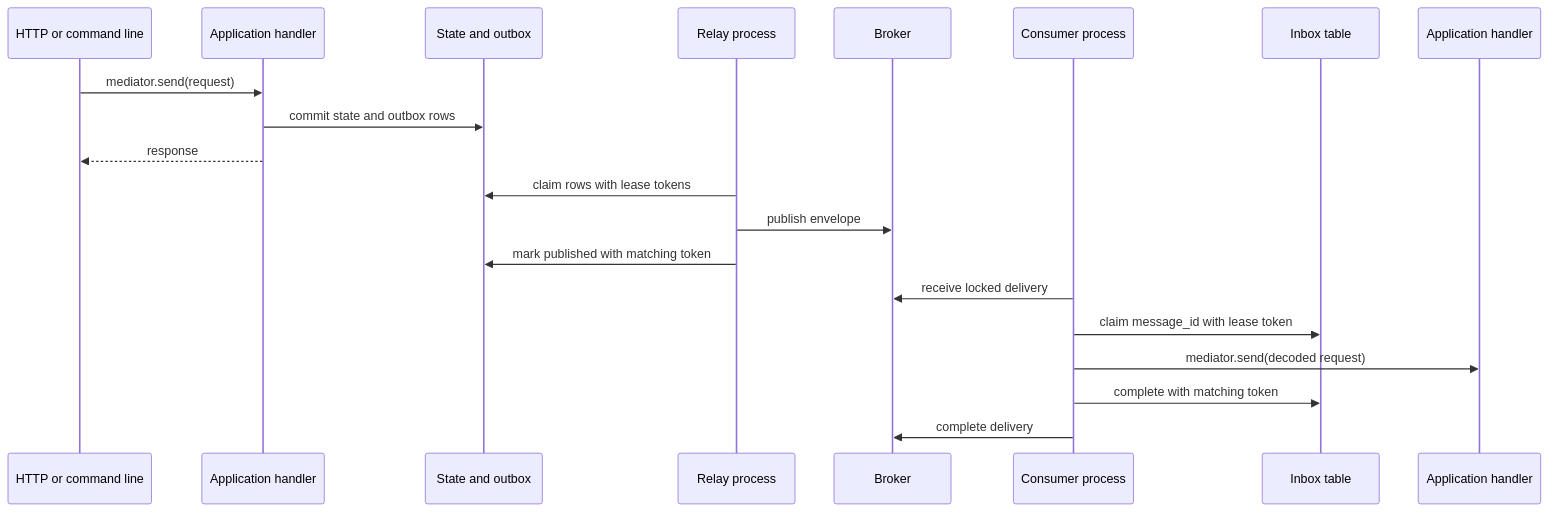
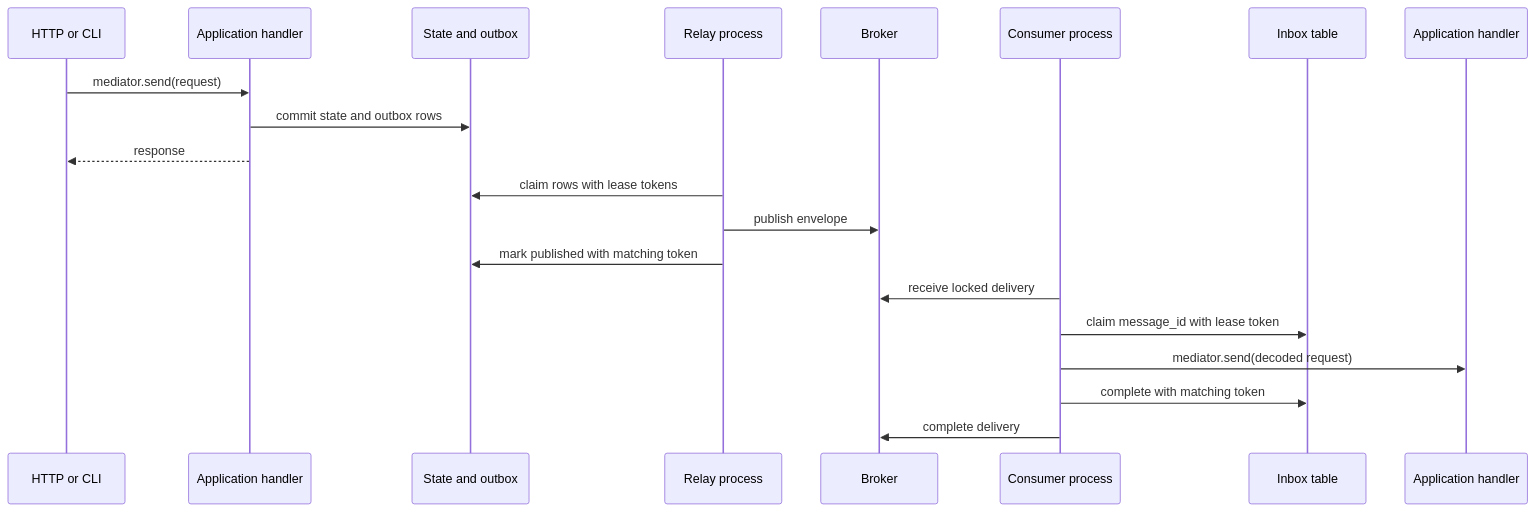
The diagram in examples/900-hexagonal-architecture/docs/background-processing.md (sina-al/pymediate), drawn with Mermaid before and after one commit. The commit also changed other lines of this file and 48 other files, not shown here.

````diff
--- a/examples/900-hexagonal-architecture/docs/background-processing.md
+++ b/examples/900-hexagonal-architecture/docs/background-processing.md
@@ -13,23 +13,23 @@
 ```mermaid
 sequenceDiagram
-    participant Host as HTTP or command line
+    participant Host as HTTP or CLI
     participant App as Application handler
     participant Database as State and outbox
     participant Relay as Relay process
     participant Queue as Broker
     participant Consumer as Consumer process
     participant Inbox as Inbox table
     participant Next as Application handler
 
     Host->>App: mediator.send(request)
     App->>Database: commit state and outbox rows
     App-->>Host: response
     Relay->>Database: claim rows with lease tokens
     Relay->>Queue: publish envelope
     Relay->>Database: mark published with matching token
     Consumer->>Queue: receive locked delivery
     Consumer->>Inbox: claim message_id with lease token
     Consumer->>Next: mediator.send(decoded request)
     Consumer->>Inbox: complete with matching token
     Consumer->>Queue: complete delivery
 ```
````
